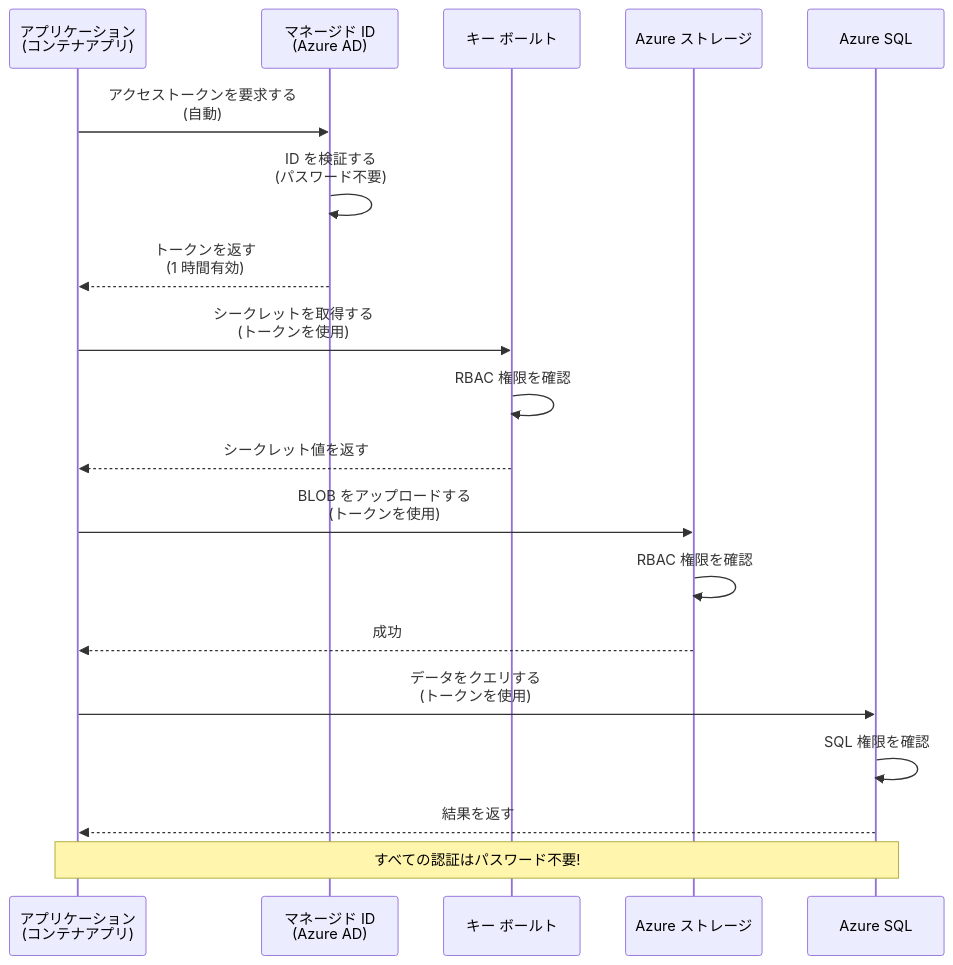
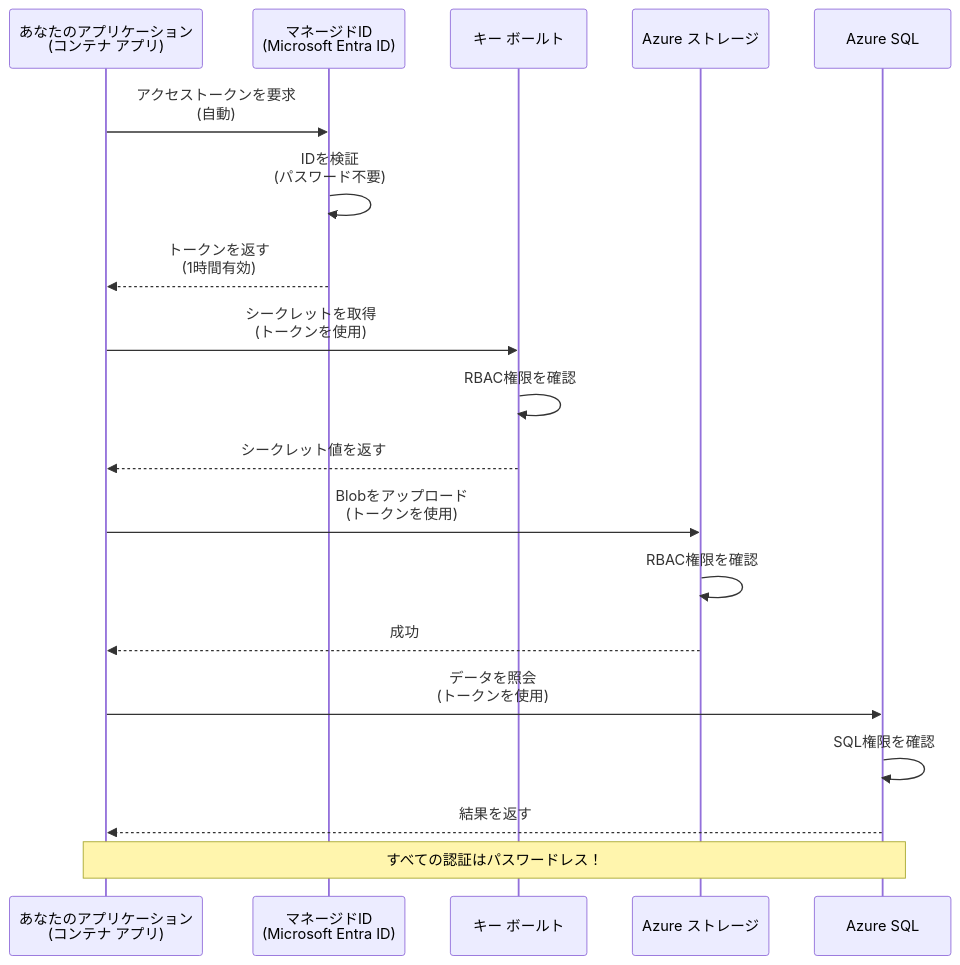
The first of 2 diagrams in translations/ja/docs/chapter-03-configuration/authsecurity.md (microsoft/AZD-for-beginners), drawn with Mermaid before and after one commit. The commit also changed other lines of this file and 104 other files, not shown here.

````diff
--- a/translations/ja/docs/chapter-03-configuration/authsecurity.md
+++ b/translations/ja/docs/chapter-03-configuration/authsecurity.md
@@ -69,26 +69,26 @@
 ```mermaid
 sequenceDiagram
-    participant App as アプリケーション<br/>(コンテナアプリ)
-    participant MI as マネージド ID<br/>(Azure AD)
+    participant App as あなたのアプリケーション<br/>(コンテナ アプリ)
+    participant MI as マネージドID<br/>(Microsoft Entra ID)
     participant KV as キー ボールト
     participant Storage as Azure ストレージ
     participant DB as Azure SQL
     
-    App->>MI: アクセストークンを要求する<br/>(自動)
-    MI->>MI: ID を検証する<br/>(パスワード不要)
-    MI-->>App: トークンを返す<br/>(1 時間有効)
+    App->>MI: アクセストークンを要求<br/>(自動)
+    MI->>MI: IDを検証<br/>(パスワード不要)
+    MI-->>App: トークンを返す<br/>(1時間有効)
     
-    App->>KV: シークレットを取得する<br/>(トークンを使用)
-    KV->>KV: RBAC 権限を確認
+    App->>KV: シークレットを取得<br/>(トークンを使用)
+    KV->>KV: RBAC権限を確認
     KV-->>App: シークレット値を返す
     
-    App->>Storage: BLOB をアップロードする<br/>(トークンを使用)
-    Storage->>Storage: RBAC 権限を確認
+    App->>Storage: Blobをアップロード<br/>(トークンを使用)
+    Storage->>Storage: RBAC権限を確認
     Storage-->>App: 成功
     
-    App->>DB: データをクエリする<br/>(トークンを使用)
-    DB->>DB: SQL 権限を確認
+    App->>DB: データを照会<br/>(トークンを使用)
+    DB->>DB: SQL権限を確認
     DB-->>App: 結果を返す
     
-    Note over App,DB: すべての認証はパスワード不要!
+    Note over App,DB: すべての認証はパスワードレス！
 ```
````
